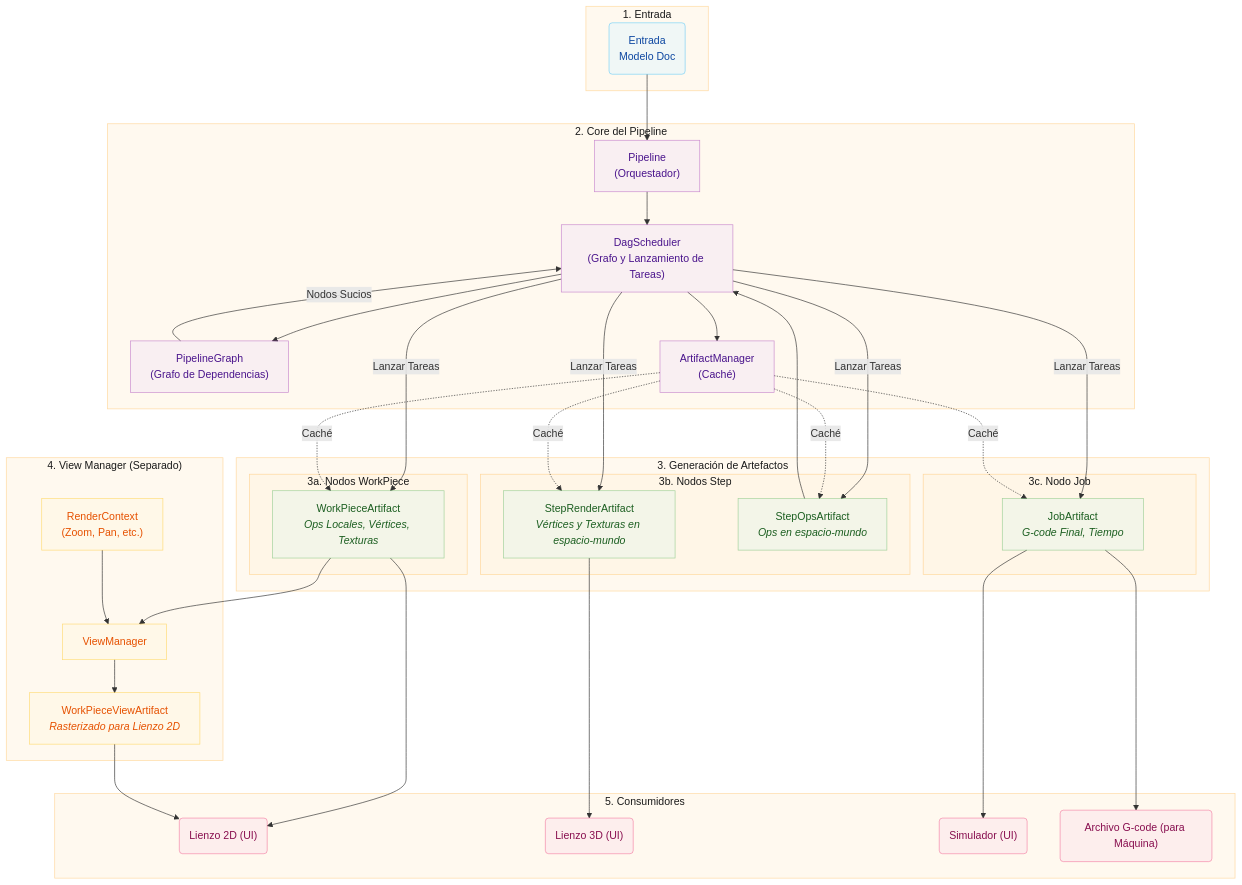
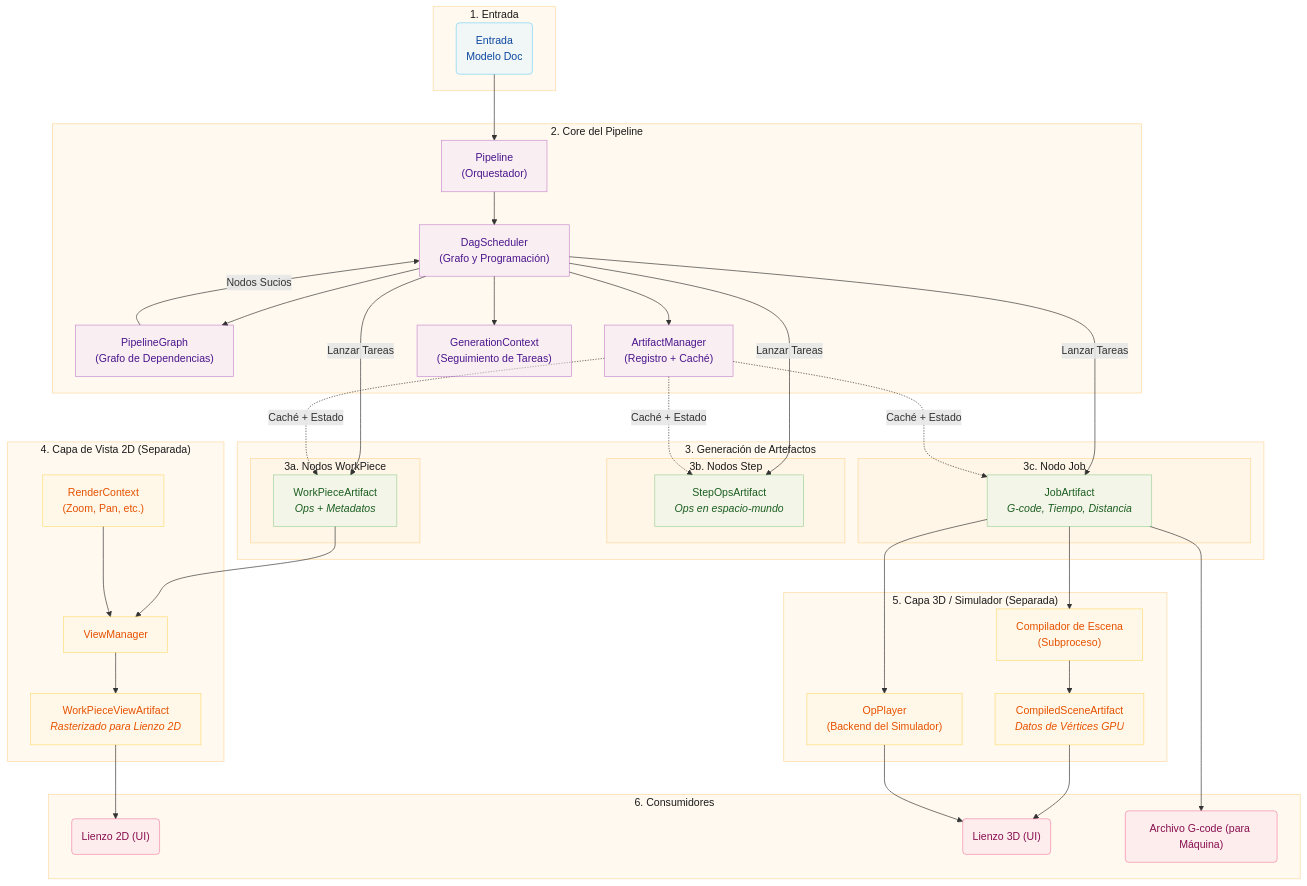
One commit to yuri-schmaltz/my-rayforge changed the diagram in website/i18n/es/docusaurus-plugin-content-docs/current/developer/pipeline.md. Above: the diagram before and after it, drawn with Mermaid. The commit also changed other lines of this file and 8 other files, not shown here.

````diff
--- a/website/i18n/es/docusaurus-plugin-content-docs/current/developer/pipeline.md
+++ b/website/i18n/es/docusaurus-plugin-content-docs/current/developer/pipeline.md
@@ -10,36 +17,41 @@
 
     subgraph PipelineCore["2. Core del Pipeline"]
         Pipeline["Pipeline<br/>(Orquestador)"]
-        DAG["DagScheduler<br/>(Grafo y Lanzamiento de Tareas)"]
+        DAG["DagScheduler<br/>(Grafo y Programación)"]
         Graph["PipelineGraph<br/>(Grafo de Dependencias)"]
-        AM["ArtifactManager<br/>(Caché)"]
+        AM["ArtifactManager<br/>(Registro + Caché)"]
+        GC["GenerationContext<br/>(Seguimiento de Tareas)"]
     end
 
     subgraph ArtifactGen["3. Generación de Artefactos"]
         subgraph WorkPieceNodes["3a. Nodos WorkPiece"]
-            WP["WorkPieceArtifact<br/><i>Ops Locales, Vértices, Texturas</i>"]
+            WP["WorkPieceArtifact<br/><i>Ops + Metadatos</i>"]
         end
 
         subgraph StepNodes["3b. Nodos Step"]
-            SR["StepRenderArtifact<br/><i>Vértices y Texturas en espacio-mundo</i>"]
             SO["StepOpsArtifact<br/><i>Ops en espacio-mundo</i>"]
         end
 
         subgraph JobNode["3c. Nodo Job"]
-            JA["JobArtifact<br/><i>G-code Final, Tiempo</i>"]
+            JA["JobArtifact<br/><i>G-code, Tiempo, Distancia</i>"]
         end
     end
 
-    subgraph ViewMgr["4. View Manager (Separado)"]
+    subgraph View2D["4. Capa de Vista 2D (Separada)"]
         VM["ViewManager"]
-        VC["RenderContext<br/>(Zoom, Pan, etc.)"]
+        RC["RenderContext<br/>(Zoom, Pan, etc.)"]
         WV["WorkPieceViewArtifact<br/><i>Rasterizado para Lienzo 2D</i>"]
     end
 
-    subgraph Consumers["5. Consumidores"]
+    subgraph View3D["5. Capa 3D / Simulador (Separada)"]
+        SC["Compilador de Escena<br/>(Subproceso)"]
+        CS["CompiledSceneArtifact<br/><i>Datos de Vértices GPU</i>"]
+        OP["OpPlayer<br/>(Backend del Simulador)"]
+    end
+
+    subgraph Consumers["6. Consumidores"]
         Vis2D("Lienzo 2D (UI)")
         Vis3D("Lienzo 3D (UI)")
-        Simulator("Simulador (UI)")
         File("Archivo G-code (para Máquina)")
     end
 
@@ -47,28 +59,29 @@
     Pipeline --> DAG
     DAG --> Graph
     DAG --> AM
+    DAG --> GC
 
     Graph -->|"Nodos Sucios"| DAG
     DAG -->|"Lanzar Tareas"| WP
-    DAG -->|"Lanzar Tareas"| SR
     DAG -->|"Lanzar Tareas"| SO
     DAG -->|"Lanzar Tareas"| JA
 
-    AM -.->|"Caché"| WP
-    AM -.->|"Caché"| SR
-    AM -.->|"Caché"| SO
-    AM -.->|"Caché"| JA
+    AM -.->|"Caché + Estado"| WP
+    AM -.->|"Caché + Estado"| SO
+    AM -.->|"Caché + Estado"| JA
 
-    WP --> Vis2D
     WP --> VM
-    SR --> Vis3D
-    SO --> DAG
-    JA --> Simulator
+    JA --> SC
+    JA --> OP
     JA --> File
 
-    VC --> VM
+    RC --> VM
     VM --> WV
     WV --> Vis2D
+
+    SC --> CS
+    CS --> Vis3D
+    OP --> Vis3D
 
     classDef clusterBox fill:#fff3e080,stroke:#ffb74d80,stroke-width:1px,color:#1a1a1a
     classDef inputNode fill:#e1f5fe80,stroke:#03a9f480,color:#0d47a1
@@ -76,10 +89,10 @@
     classDef artifactNode fill:#e8f5e980,stroke:#4caf5080,color:#1b5e20
     classDef viewNode fill:#fff8e180,stroke:#ffc10780,color:#e65100
     classDef consumerNode fill:#fce4ec80,stroke:#e91e6380,color:#880e4f
-    class Input,PipelineCore,ArtifactGen,WorkPieceNodes,StepNodes,JobNode,ViewMgr,Consumers clusterBox
+    class Input,PipelineCore,ArtifactGen,WorkPieceNodes,StepNodes,JobNode,View2D,View3D,Consumers clusterBox
     class InputNode inputNode
-    class Pipeline,DAG,Graph,AM coreNode
-    class WP,SR,SO,JA artifactNode
-    class VM,VC,WV viewNode
-    class Vis2D,Vis3D,Simulator,File consumerNode
+    class Pipeline,DAG,Graph,AM,GC coreNode
+    class WP,SO,JA artifactNode
+    class VM,RC,WV,SC,CS,OP viewNode
+    class Vis2D,Vis3D,File consumerNode
 ```
````
